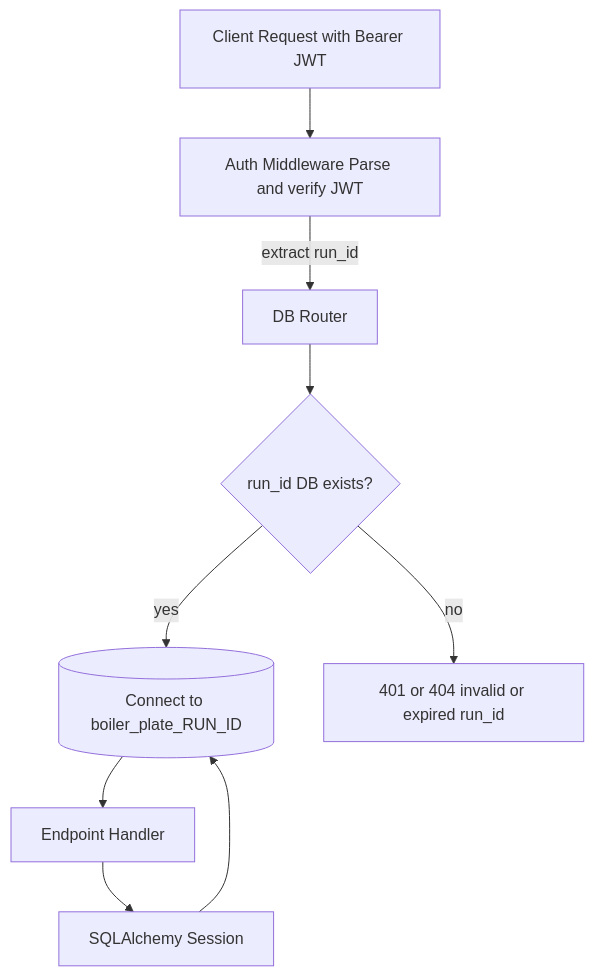
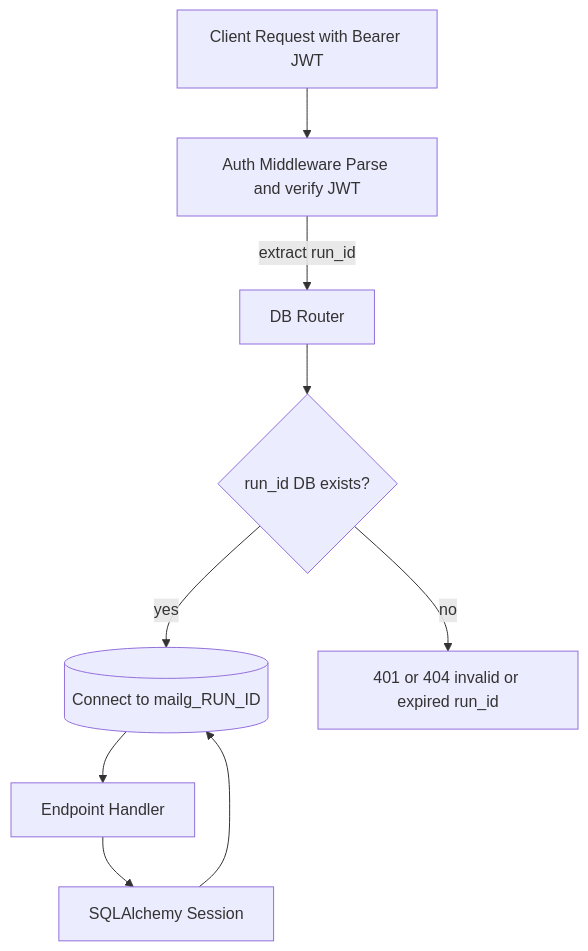
The third of 4 diagrams in README.md (dinushaw83/mailg-test), drawn with Mermaid before and after one commit. The commit also changed other lines of this file and 13 other files, not shown here.

````diff
--- a/README.md
+++ b/README.md
@@ -166,11 +166,11 @@
 ```mermaid
 flowchart TD
     A["Client Request with Bearer JWT"] --> B["Auth Middleware Parse and verify JWT"]
     B -->|"extract run_id"| C[DB Router]
     C --> D{"run_id DB exists?"}
-    D -->|"yes"| E[("Connect to boiler_plate_RUN_ID")]
+    D -->|"yes"| E[("Connect to mailg_RUN_ID")]
     D -->|"no"| F["401 or 404 invalid or expired run_id"]
     E --> G[Endpoint Handler]
     G --> H[SQLAlchemy Session]
     H --> E
 ```
````
